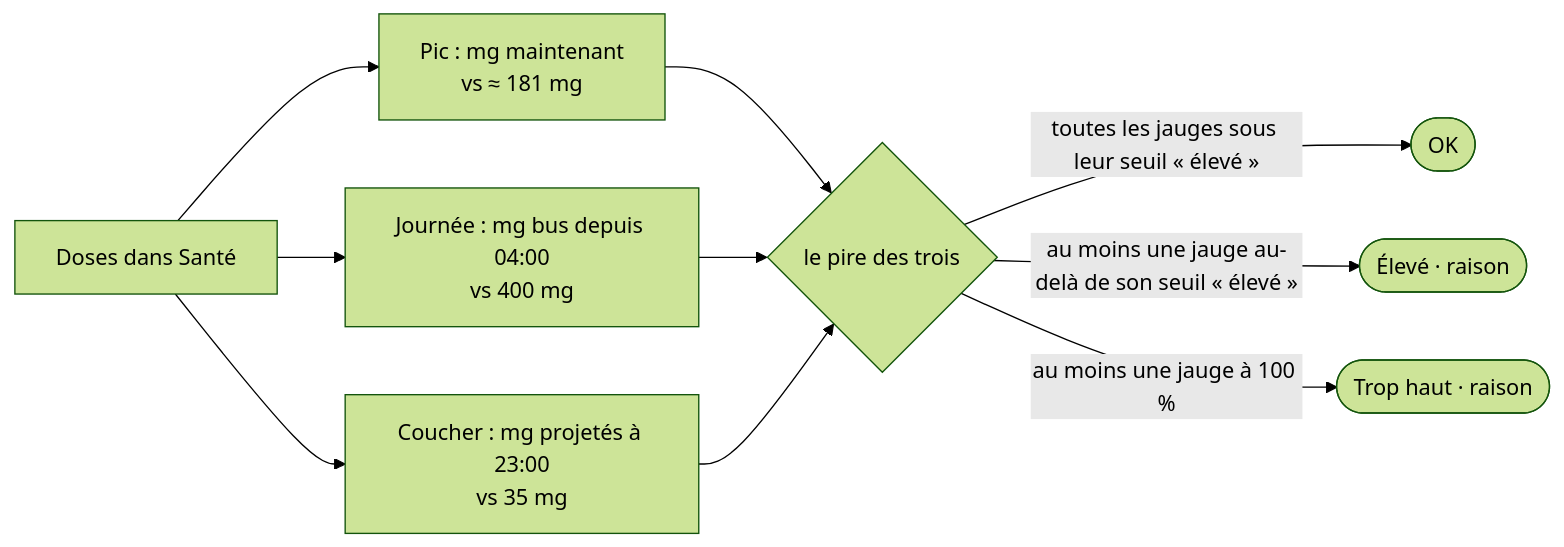
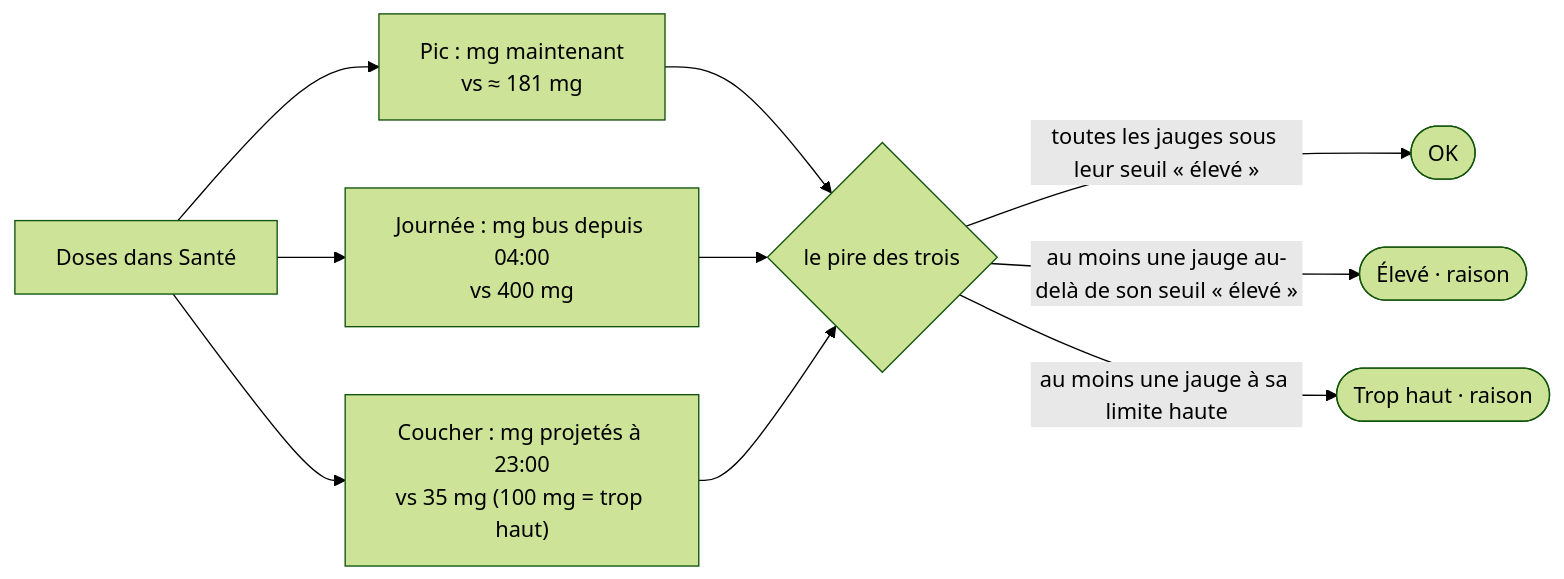
One commit to NicolasBataille/Kaff changed the first of 2 diagrams in README.md. Above: the diagram before and after it, drawn with Mermaid (forest theme). The commit also changed other lines of this file and 17 other files, not shown here.

````diff
--- a/README.md
+++ b/README.md
@@ -159,12 +160,12 @@
 ```mermaid
 flowchart LR
     D[Doses dans Santé] --> P["Pic : mg maintenant<br/>vs ≈ 181 mg"]
     D --> J["Journée : mg bus depuis 04:00<br/>vs 400 mg"]
-    D --> C["Coucher : mg projetés à 23:00<br/>vs 35 mg"]
+    D --> C["Coucher : mg projetés à 23:00<br/>vs 35 mg (100 mg = trop haut)"]
     P --> W{le pire des trois}
     J --> W
     C --> W
     W -->|"toutes les jauges sous leur seuil « élevé »"| OK([OK])
     W -->|"au moins une jauge au-delà de son seuil « élevé »"| EL(["Élevé · raison"])
-    W -->|"au moins une jauge à 100 %"| HI(["Trop haut · raison"])
+    W -->|"au moins une jauge à sa limite haute"| HI(["Trop haut · raison"])
 ```
````
